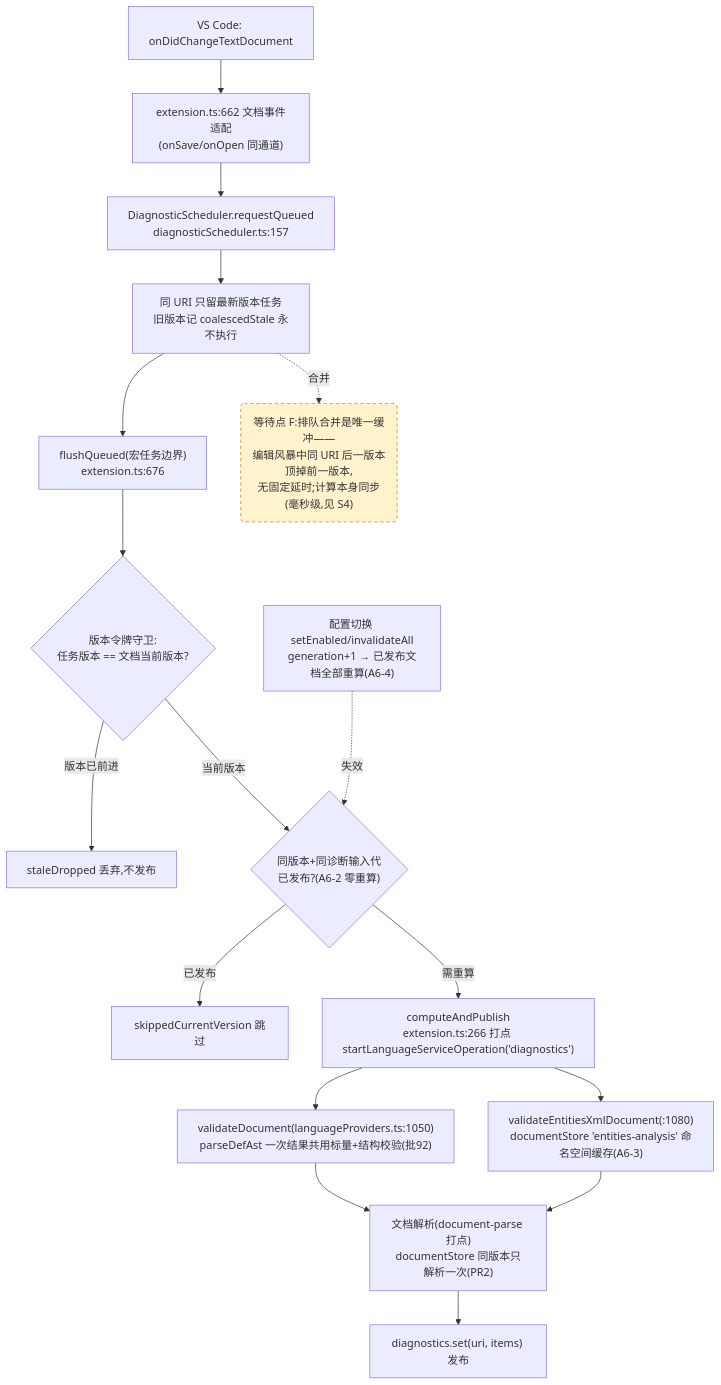
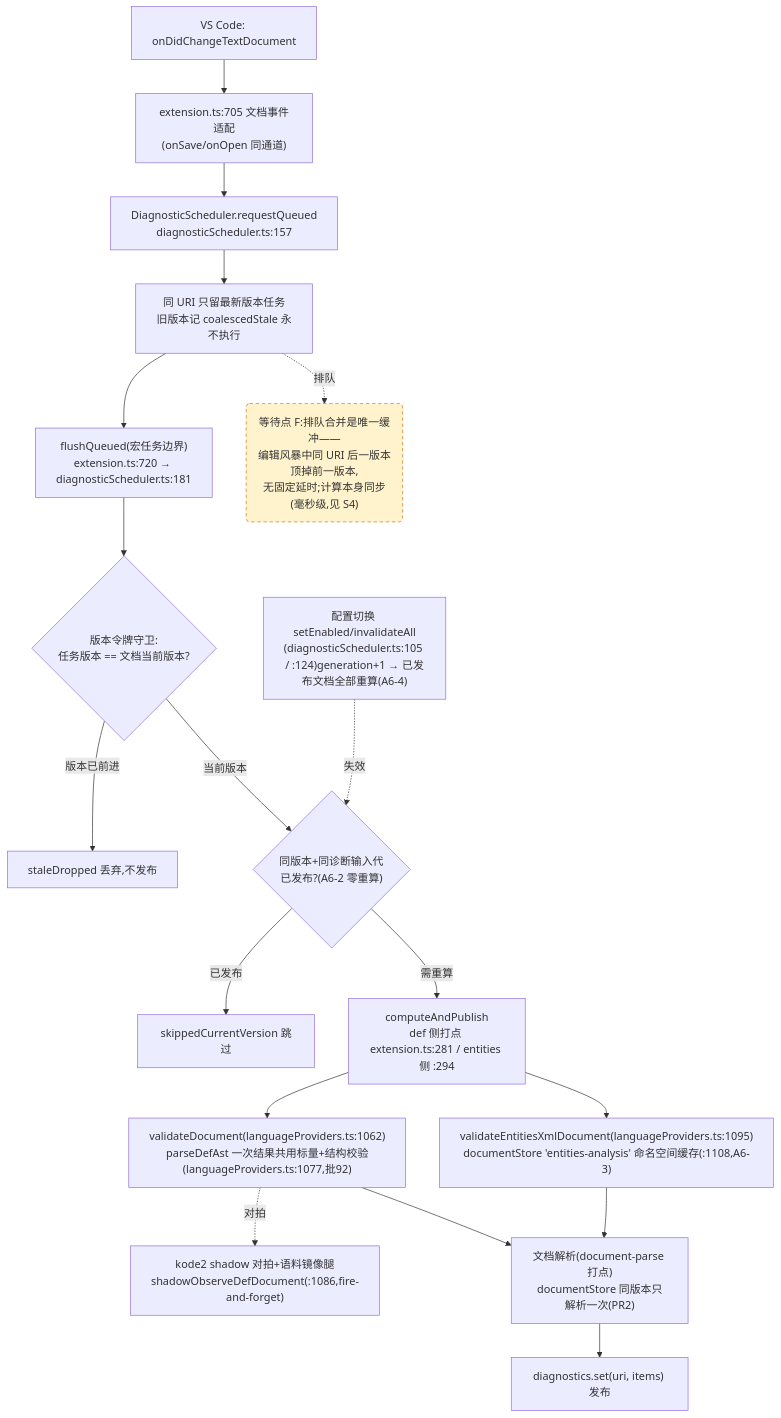
The fourth of 4 diagrams in docs/perf/2026-baseline.md (cuihairu/kode), drawn with Mermaid before and after one commit. The commit also changed other lines of this file and 1 other file, not shown here.

Commit message:
docs: add call chain diagrams to perf baseline

````diff
--- a/docs/perf/2026-baseline.md
+++ b/docs/perf/2026-baseline.md
@@ -210,36 +212,38 @@
 ```mermaid
 flowchart TD
   CHG["VS Code: onDidChangeTextDocument"]
-  WATCH["extension.ts:662 文档事件适配<br/>(onSave/onOpen 同通道)"]
+  WATCH["extension.ts:705 文档事件适配<br/>(onSave/onOpen 同通道)"]
   RQ["DiagnosticScheduler.requestQueued<br/>diagnosticScheduler.ts:157"]
   CO["同 URI 只留最新版本任务<br/>旧版本记 coalescedStale 永不执行"]
-  FL["flushQueued(宏任务边界)<br/>extension.ts:676"]
+  FL["flushQueued(宏任务边界)<br/>extension.ts:720 → diagnosticScheduler.ts:181"]
   VG{"版本令牌守卫:<br/>任务版本 == 文档当前版本?"}
   DROP["staleDropped 丢弃,不发布"]
   GEN{"同版本+同诊断输入代<br/>已发布?(A6-2 零重算)"}
   SKIP["skippedCurrentVersion 跳过"]
-  CALC["computeAndPublish<br/>extension.ts:266 打点 startLanguageServiceOperation('diagnostics')"]
-  VD["validateDocument(languageProviders.ts:1050)<br/>parseDefAst 一次结果共用标量+结构校验(批92)"]
-  VEX["validateEntitiesXmlDocument(:1080)<br/>documentStore 'entities-analysis' 命名空间缓存(A6-3)"]
+  CALC["computeAndPublish<br/>def 侧打点 extension.ts:281 / entities 侧 :294"]
+  VD["validateDocument(languageProviders.ts:1062)<br/>parseDefAst 一次结果共用标量+结构校验(languageProviders.ts:1077,批92)"]
+  VEX["validateEntitiesXmlDocument(languageProviders.ts:1095)<br/>documentStore 'entities-analysis' 命名空间缓存(:1108,A6-3)"]
+  SHDD["kode2 shadow 对拍+语料镜像腿<br/>shadowObserveDefDocument(:1086,fire-and-forget)"]
   DS["文档解析(document-parse 打点)<br/>documentStore 同版本只解析一次(PR2)"]
   PUB["diagnostics.set(uri, items) 发布"]
-  CFG2["配置切换 setEnabled/invalidateAll<br/>generation+1 → 已发布文档全部重算(A6-4)"]
+  CFG2["配置切换 setEnabled/invalidateAll<br/>(diagnosticScheduler.ts:105 / :124)generation+1 → 已发布文档全部重算(A6-4)"]
 
   CHG --> WATCH --> RQ --> CO --> FL --> VG
   VG -- "版本已前进" --> DROP
   VG -- "当前版本" --> GEN
   GEN -- "已发布" --> SKIP
   GEN -- "需重算" --> CALC
   CALC --> VD
   CALC --> VEX
   VD --> DS
   VEX --> DS
   DS --> PUB
+  VD -.->|对拍| SHDD
   CFG2 -.->|失效| GEN
 
   WAITF("等待点 F:排队合并是唯一缓冲——<br/>编辑风暴中同 URI 后一版本顶掉前一版本,<br/>无固定延时;计算本身同步(毫秒级,见 S4)")
-  CO -.->|合并| WAITF
+  CO -.->|排队| WAITF
 
   classDef waitPoint fill:#fff3cd,stroke:#d97706,stroke-dasharray:5 4;
   class WAITF waitPoint;
 ```
````
